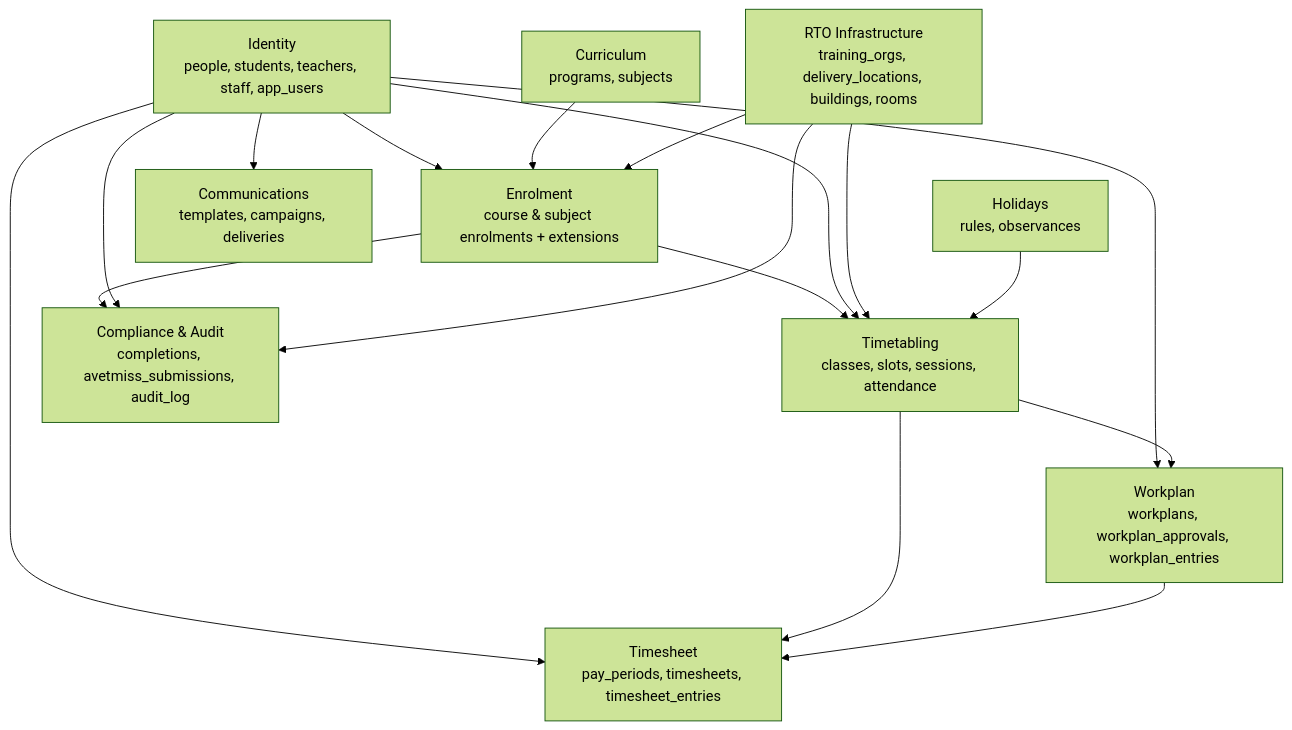
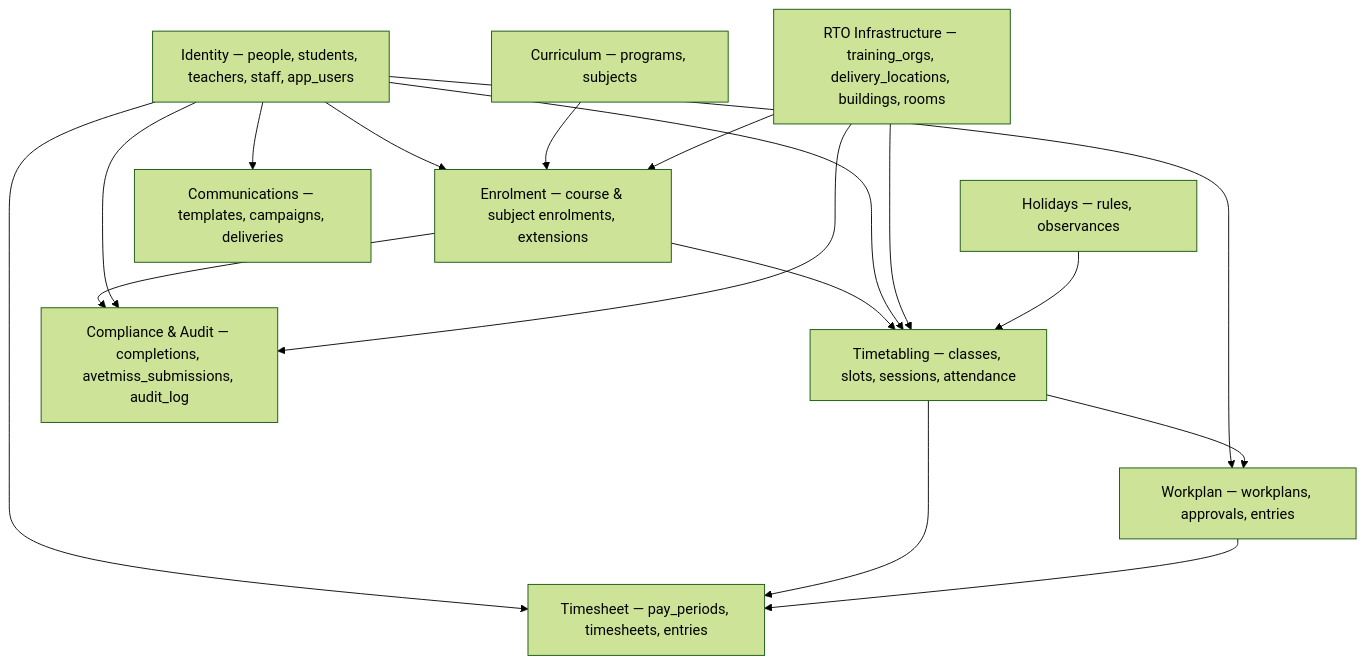
One commit to harleycalvert/nvims changed the first of 11 diagrams in docs/DATABASE.md. Above: the diagram before and after it, drawn with Mermaid (forest theme).

Commit message:
Mermaid - Unable to render rich display - potential fix 2.

````diff
--- a/docs/DATABASE.md
+++ b/docs/DATABASE.md
@@ -77,30 +77,30 @@
 ```mermaid
 graph TD
-    P[Identity<br/>people, students, teachers, staff, app_users]
-    C[Curriculum<br/>programs, subjects]
-    E[Enrolment<br/>course & subject enrolments + extensions]
-    I[RTO Infrastructure<br/>training_orgs, delivery_locations, buildings, rooms]
-    T[Timetabling<br/>classes, slots, sessions, attendance]
-    H[Holidays<br/>rules, observances]
-    M[Communications<br/>templates, campaigns, deliveries]
-    A[Compliance & Audit<br/>completions, avetmiss_submissions, audit_log]
-    W[Workplan<br/>workplans, workplan_approvals, workplan_entries]
-    S[Timesheet<br/>pay_periods, timesheets, timesheet_entries]
+    P["Identity — people, students, teachers, staff, app_users"]
+    C["Curriculum — programs, subjects"]
+    E["Enrolment — course & subject enrolments, extensions"]
+    I["RTO Infrastructure — training_orgs, delivery_locations, buildings, rooms"]
+    T["Timetabling — classes, slots, sessions, attendance"]
+    H["Holidays — rules, observances"]
+    M["Communications — templates, campaigns, deliveries"]
+    A["Compliance & Audit — completions, avetmiss_submissions, audit_log"]
+    W["Workplan — workplans, approvals, entries"]
+    S["Timesheet — pay_periods, timesheets, entries"]
 
     P --> E
     C --> E
     I --> E
     E --> T
     P --> T
     I --> T
     H --> T
     P --> M
     E --> A
     P --> A
     I --> A
     P --> W
     T --> W
     P --> S
     T --> S
     W --> S
 ```
````
